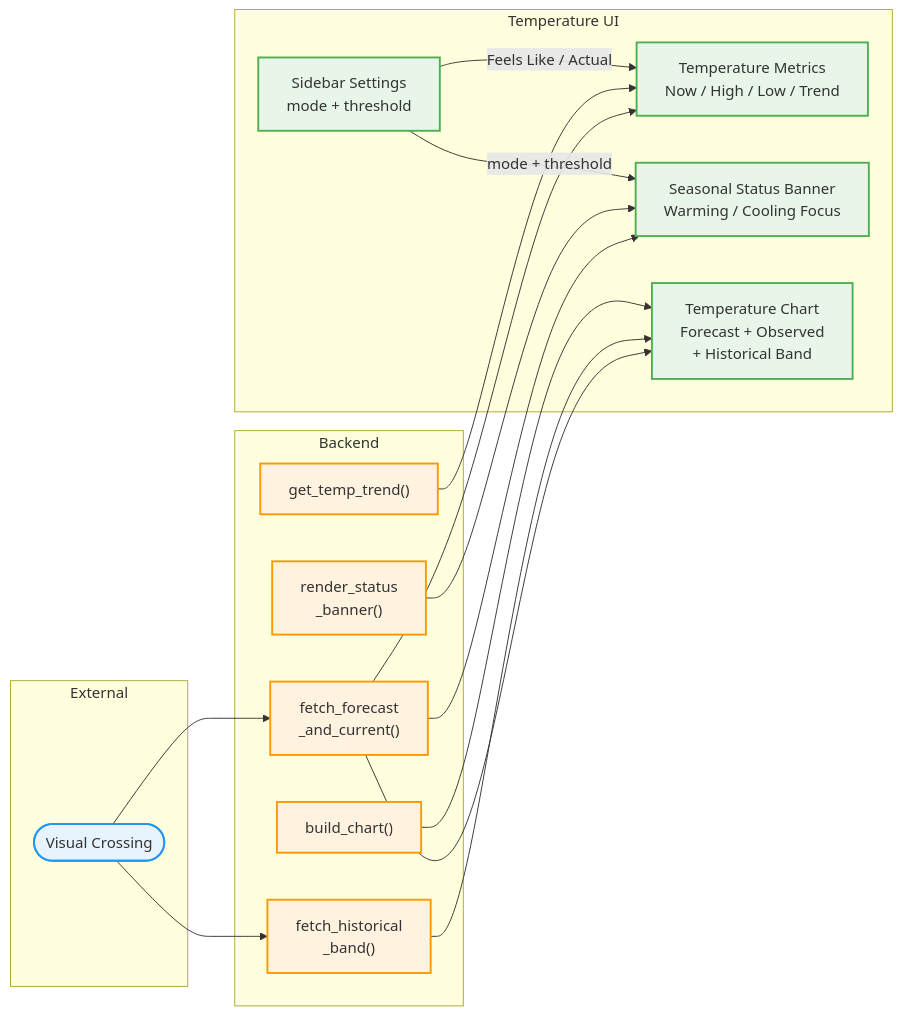
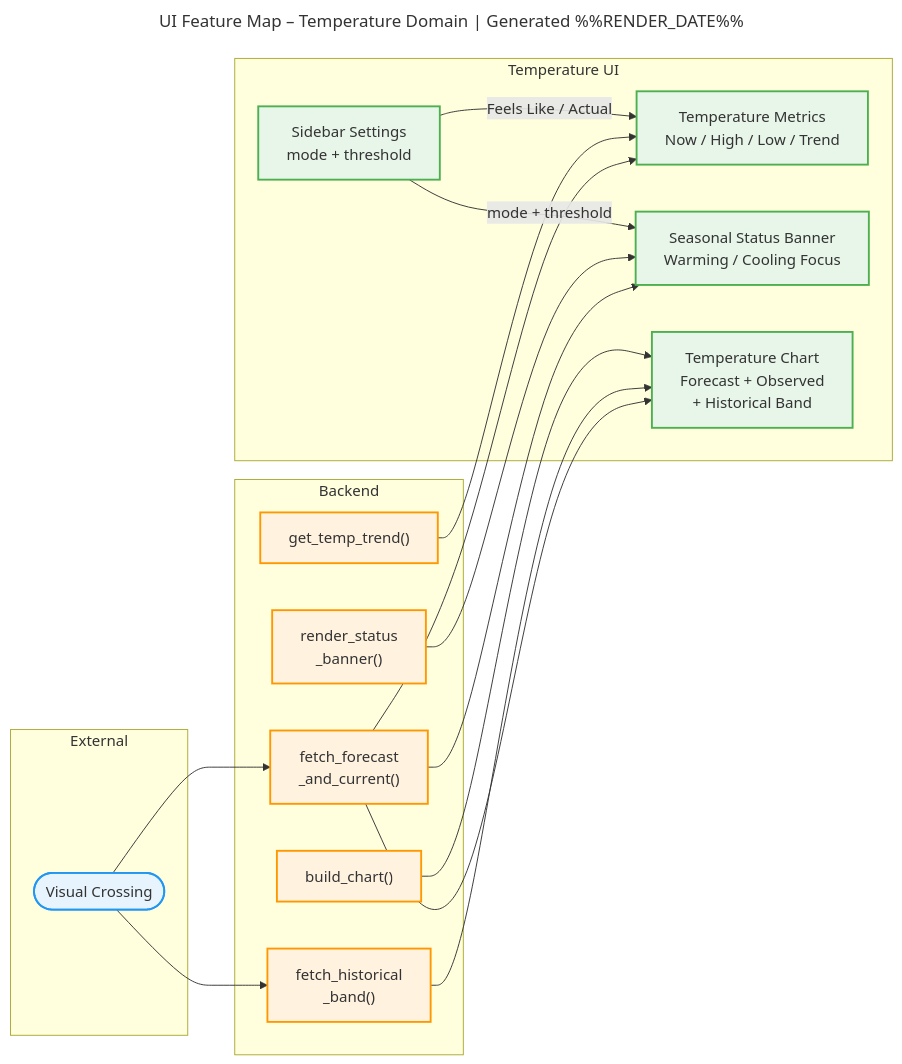
Before and after one commit to RobinWikoff/the-farm-monitor: the second of 7 diagrams in docs/c4/c4-ui-feature-map.md, drawn with Mermaid. The commit also changed other lines of this file and 27 other files, not shown here.

First line of the commit message:
Add diagram title + generation date header to all C4 diagrams

````diff
--- a/docs/c4/c4-ui-feature-map.md
+++ b/docs/c4/c4-ui-feature-map.md
@@ -66,44 +69,47 @@
 ```mermaid
+---
+title: UI Feature Map – Temperature Domain | Generated %%RENDER_DATE%%
+---
 flowchart LR
     subgraph EXT["External"]
         vc_api(["Visual Crossing"])
     end
 
     subgraph BE["Backend"]
         vc_fetch["fetch_forecast\n_and_current()"]
         hist_fetch["fetch_historical\n_band()"]
         analytics["get_temp_trend()"]
         banners["render_status\n_banner()"]
         viz["build_chart()"]
     end
 
     subgraph UI["Temperature UI"]
         temp_metrics["Temperature Metrics\nNow / High / Low / Trend"]
         status_banner["Seasonal Status Banner\nWarming / Cooling Focus"]
         temp_chart["Temperature Chart\nForecast + Observed\n+ Historical Band"]
         sidebar["Sidebar Settings\nmode + threshold"]
     end
 
     vc_api --> vc_fetch
     vc_api --> hist_fetch
 
     vc_fetch --> temp_metrics
     analytics --> temp_metrics
     sidebar -->|"Feels Like / Actual"| temp_metrics
 
     vc_fetch --> status_banner
     banners --> status_banner
     sidebar -->|"mode + threshold"| status_banner
 
     vc_fetch --> temp_chart
     hist_fetch --> temp_chart
     viz --> temp_chart
 
     classDef external fill:#e8f4fd,stroke:#2196F3,stroke-width:2px
     classDef backend fill:#fff3e0,stroke:#FF9800,stroke-width:2px
     classDef ui fill:#e8f5e9,stroke:#4CAF50,stroke-width:2px
 
     class vc_api external
     class vc_fetch,hist_fetch,analytics,banners,viz backend
     class temp_metrics,status_banner,temp_chart,sidebar ui
 ```
````
